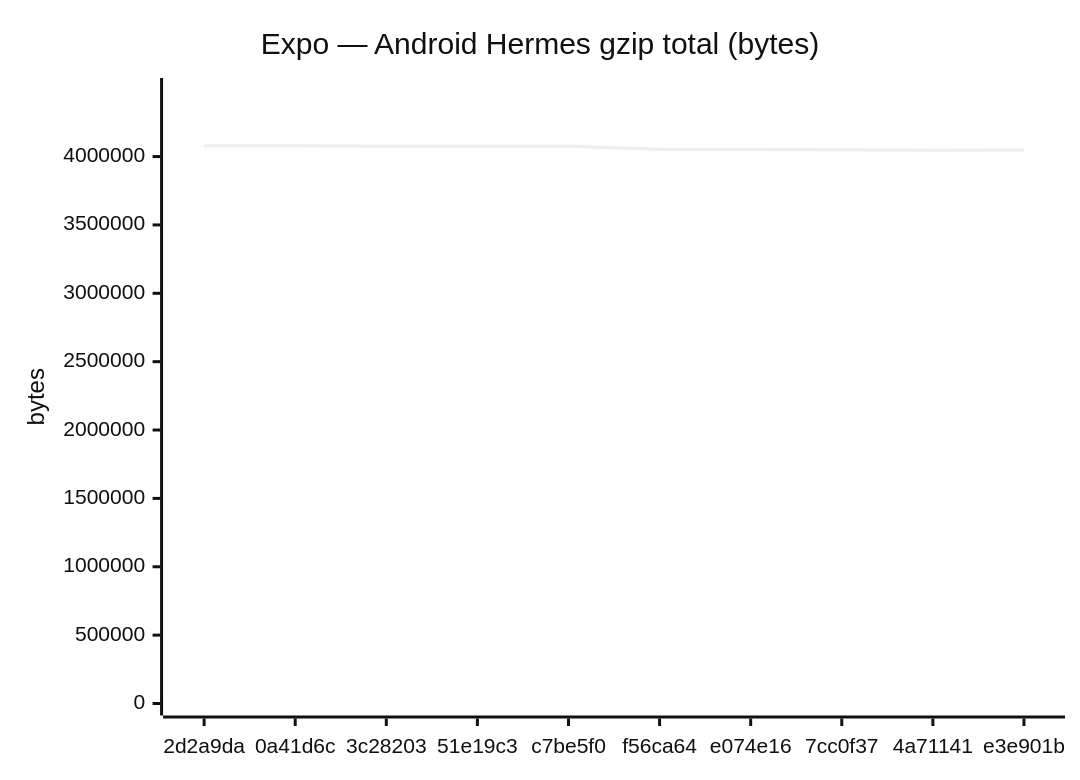
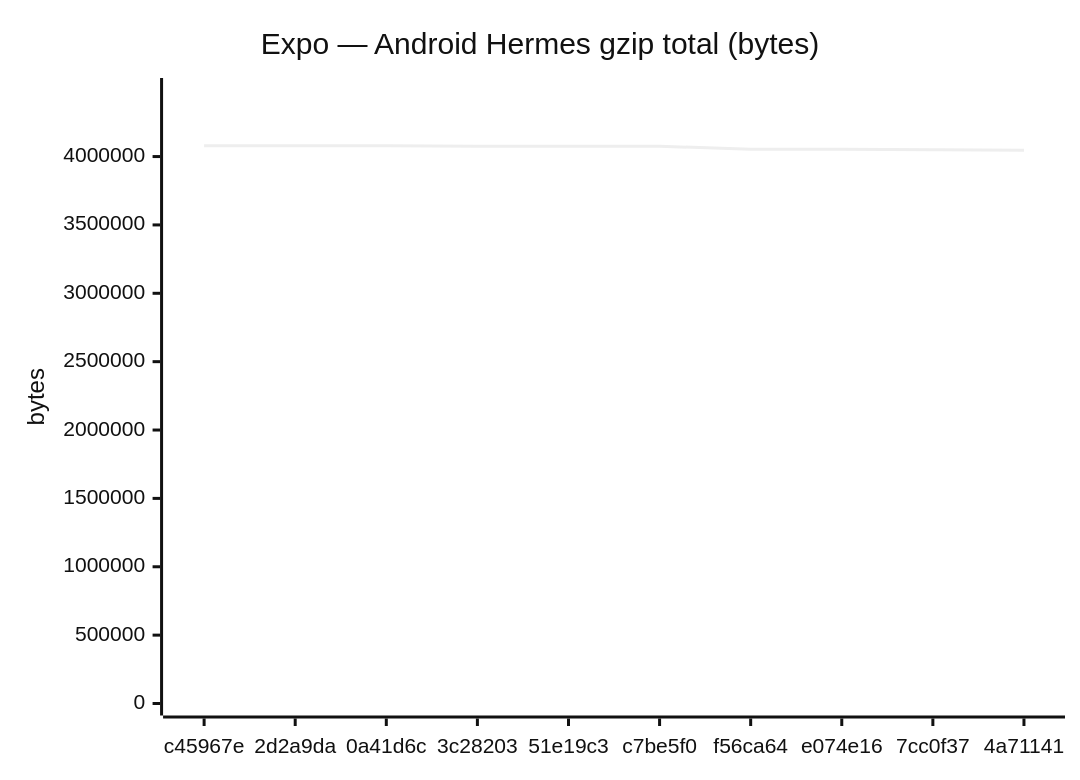
One commit to Metaheurist/Rianell changed the fifth of 18 diagrams in benchmarks/compare.md. Above: the diagram before and after it, drawn with Mermaid (neutral theme). The commit also changed other lines of this file and 11 other files, not shown here.

````diff
--- a/benchmarks/compare.md
+++ b/benchmarks/compare.md
@@ -89,7 +89,7 @@
 ```mermaid
 xychart-beta
     title "Expo — Android Hermes gzip total (bytes)"
-    x-axis ["2d2a9da", "0a41d6c", "3c28203", "51e19c3", "c7be5f0", "f56ca64", "e074e16", "7cc0f37", "4a71141", "e3e901b"]
+    x-axis ["c45967e", "2d2a9da", "0a41d6c", "3c28203", "51e19c3", "c7be5f0", "f56ca64", "e074e16", "7cc0f37", "4a71141"]
     y-axis "bytes" 0 --> 4486787
-    line [4078895, 4078897, 4076071, 4075584, 4075582, 4052821, 4052813, 4049448, 4046554, 4048091]
+    line [4078896, 4078895, 4078897, 4076071, 4075584, 4075582, 4052821, 4052813, 4049448, 4046554]
 ```
````
